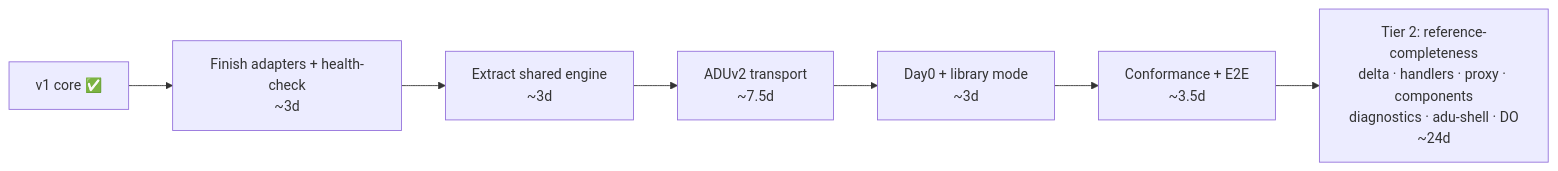
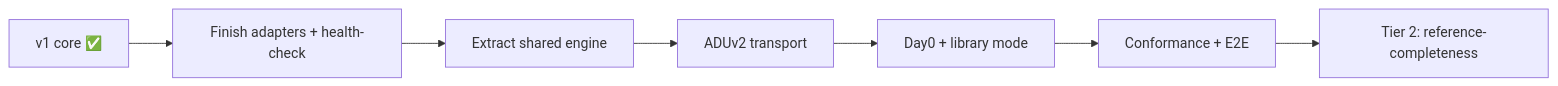
The first of 4 diagrams in c/docs/eng/adu-client-plan.md (Azure/azure-iot-sdk), drawn with Mermaid before and after one commit. The commit also changed other lines of this file and 2 other files, not shown here.

First line of the commit message:
Refactor ADUv2 to the DPS-fronted design; add aduv2-spec; scrub cost estimates

````diff
--- a/c/docs/eng/adu-client-plan.md
+++ b/c/docs/eng/adu-client-plan.md
@@ -136,9 +125,9 @@
 ```mermaid
 flowchart LR
-    A[v1 core ✅] --> B[Finish adapters + health-check\n~3d]
-    B --> C[Extract shared engine\n~3d]
-    C --> D[ADUv2 transport\n~7.5d]
-    D --> E[Day0 + library mode\n~3d]
-    E --> F[Conformance + E2E\n~3.5d]
-    F --> G[Tier 2: reference-completeness\ndelta · handlers · proxy · components\ndiagnostics · adu-shell · DO\n~24d]
+    A[v1 core ✅] --> B[Finish adapters + health-check]
+    B --> C[Extract shared engine]
+    C --> D[ADUv2 transport]
+    D --> E[Day0 + library mode]
+    E --> F[Conformance + E2E]
+    F --> G[Tier 2: reference-completeness]
 ```
````
